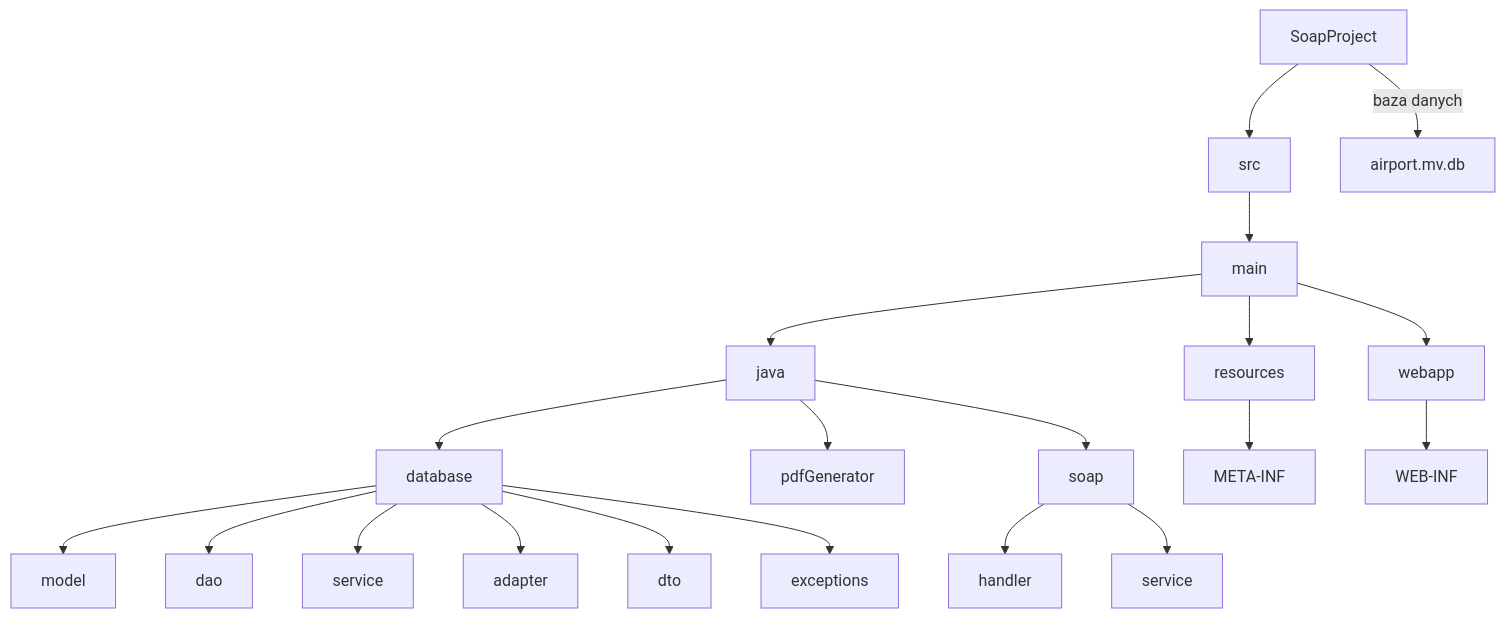
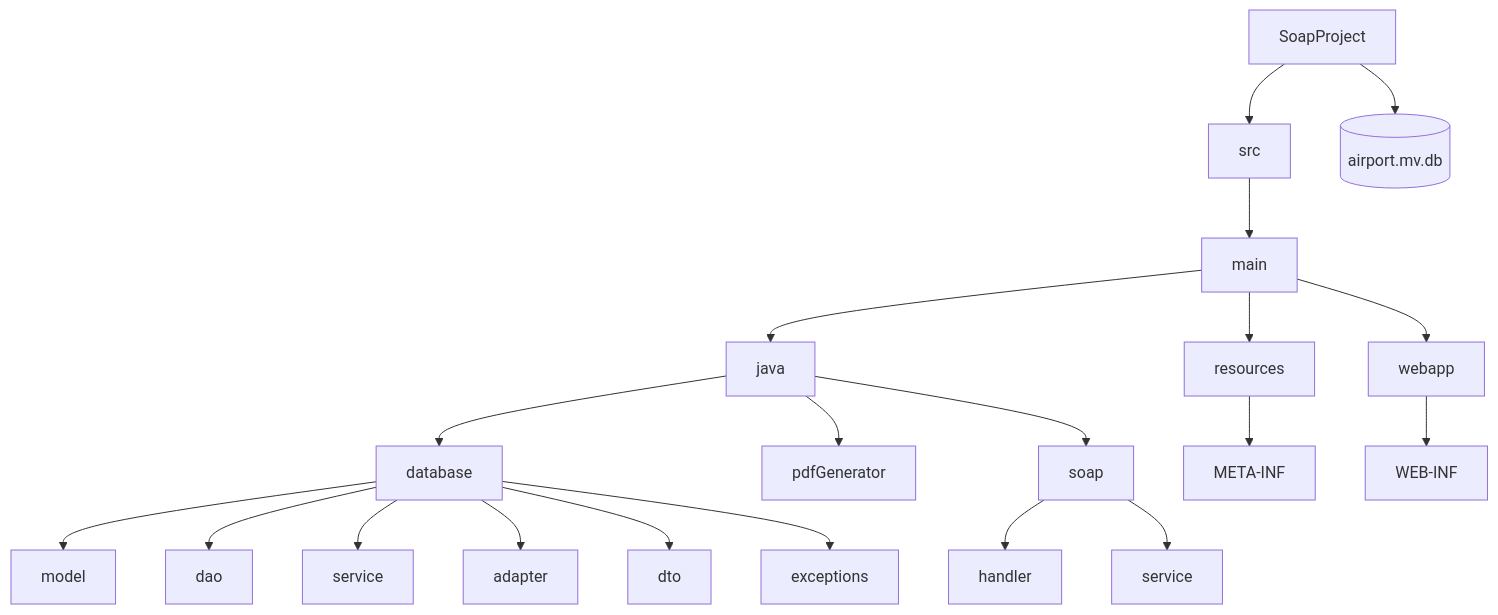
The first of 2 diagrams in README.md (rzymski/SoapProject), drawn with Mermaid before and after one commit. The commit also changed other lines of this file, not shown here.

````diff
--- a/README.md
+++ b/README.md
@@ -272,22 +272,22 @@
 ```mermaid
 graph TD;
    A[SoapProject]-->B[src];
-   A[SoapProject]-->|baza danych| C[airport.mv.db];
+   A[SoapProject]-->C[(airport.mv.db)];
    B-->M[main];
    M-->J[java];
    M-->R[resources];
    M-->W[webapp];
    J-->D[database];
    D-->model;
    D-->dao;
    D-->SD[service];
    D-->adapter;
    D-->dto;
    D-->exceptions;
    J-->pdfGenerator;
    J-->S[soap];
    S-->handler;
    S-->SS[service];
    R-->META-INF;
    W-->WEB-INF;
 ```
````
